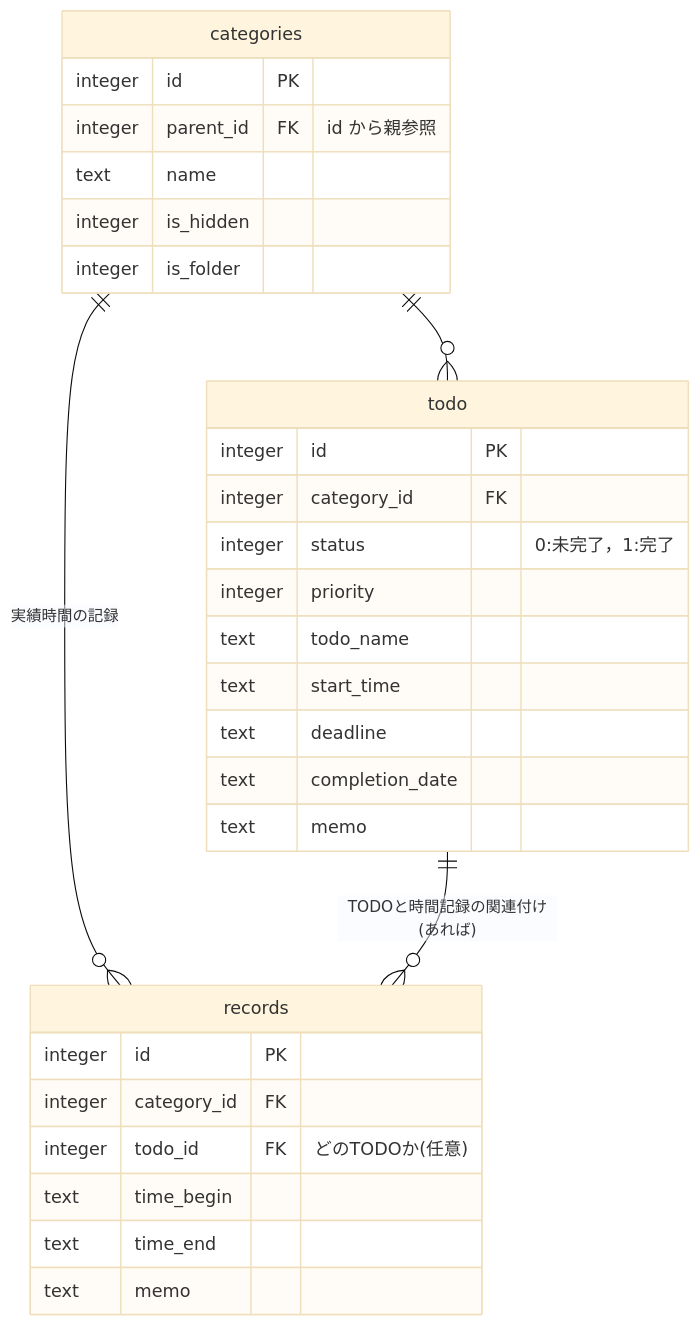
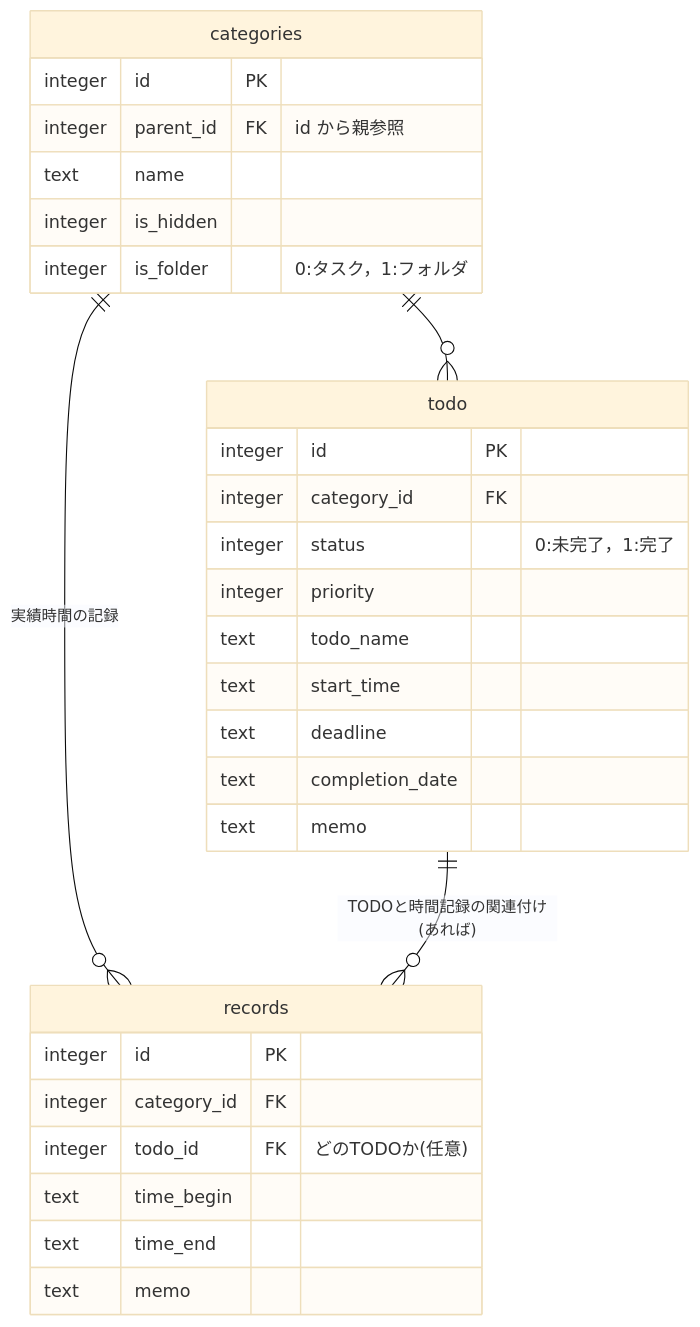
One commit to nullruptr/MochiBeta changed the diagram in src/core/db/db.md. Above: the diagram before and after it, drawn with Mermaid (base theme).

Commit message:
forget push

````diff
--- a/src/core/db/db.md
+++ b/src/core/db/db.md
@@ -3,35 +3,35 @@
 ```mermaid
 erDiagram
     categories ||--o{ records : "実績時間の記録"
     categories ||--o{ todo : ""
     todo ||--o{ records : "TODOと時間記録の関連付け(あれば)"
 
     categories {
         integer id PK
         integer parent_id FK "id から親参照"
         text name
         integer is_hidden
-        integer is_folder
+        integer is_folder "0:タスク，1:フォルダ"
     }
 
     records {
         integer id PK
         integer category_id FK
         integer todo_id FK "どのTODOか(任意)"
         text time_begin
         text time_end
         text memo
     }
 
     todo {
         integer id PK
         integer category_id FK
         integer status "0:未完了，1:完了"
         integer priority
         text todo_name
         text start_time
         text deadline
         text completion_date
         text memo
     }
 ```
````
